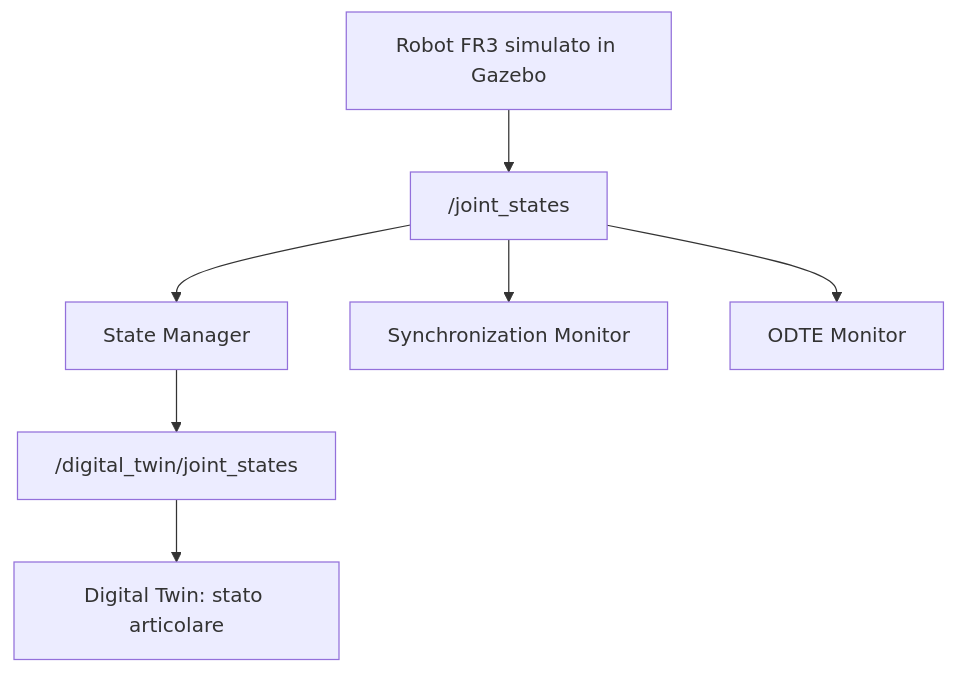
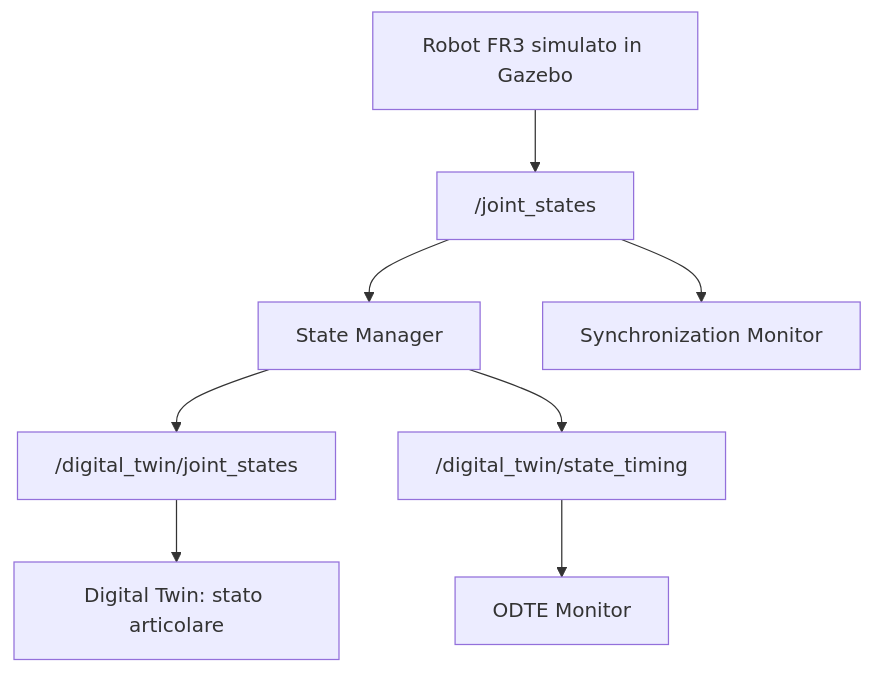
One commit to chiarabrignani/franka_digital_twin changed the first of 4 diagrams in README.md. Above: the diagram before and after it, drawn with Mermaid. The commit also changed other lines of this file and 12 other files, not shown here.

Commit message:
Complete Digital Twin monitoring and ODTE implementation

````diff
--- a/README.md
+++ b/README.md
@@ -188,17 +303,19 @@
 ```mermaid
 flowchart TD
     A["Robot FR3 simulato in Gazebo"]
     B["/joint_states"]
     C["State Manager"]
     D["/digital_twin/joint_states"]
     E["Digital Twin: stato articolare"]
-    F["Synchronization Monitor"]
+    F["/digital_twin/state_timing"]
     G["ODTE Monitor"]
+    H["Synchronization Monitor"]
 
     A --> B
     B --> C
     C --> D
+    C --> F
     D --> E
-    B --> F
-    B --> G
+    F --> G
+    B --> H
 ```
````
